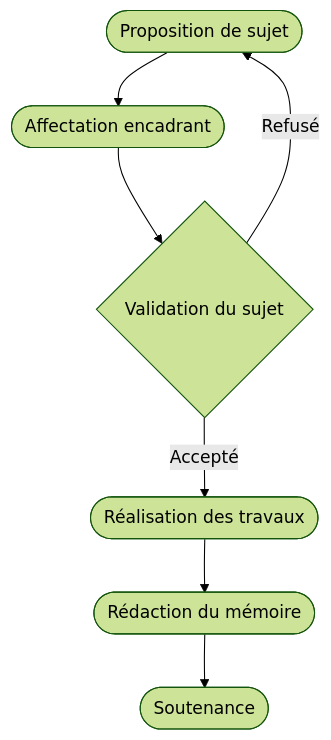
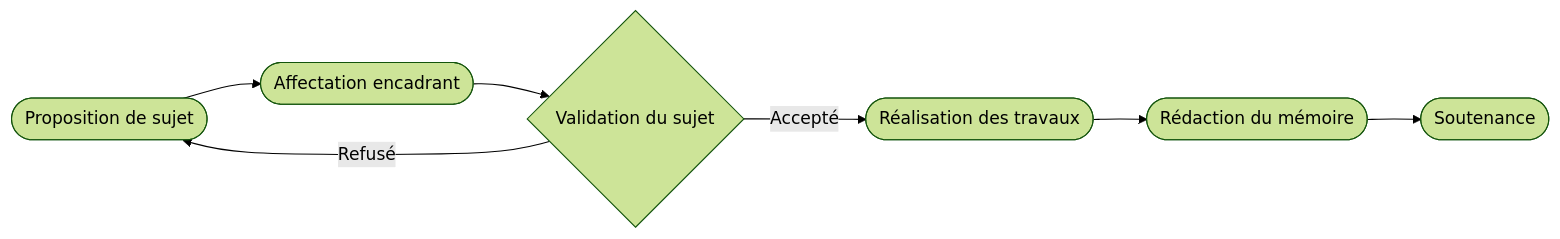
The diagram in chapters/ch1/main.qmd (rhpo/pfe-enhanced), drawn with Mermaid (forest theme) before and after one commit. The commit also changed other lines of this file and 12 other files, not shown here.

````diff
--- a/chapters/ch1/main.qmd
+++ b/chapters/ch1/main.qmd
@@ -187,12 +184,13 @@
 ```{mermaid}
 %%| label: fig-workflow-pfe
-%%| fig-cap: "Workflow du processus PFE - de la proposition à la soutenance (Source : auteur)"
-%%| fig-width: 3
-flowchart TD
+%%| fig-cap: "Workflow du processus PFE - de la proposition à la soutenance @mesrs2004"
+%%| fig-width: 6.5
+
+flowchart LR
     A([Proposition de sujet]) --> B([Affectation encadrant])
     B --> C{Validation du sujet}
     C -- Refusé --> A
     C -- Accepté --> D([Réalisation des travaux])
     D --> E([Rédaction du mémoire])
     E --> F([Soutenance])
 ```
````
